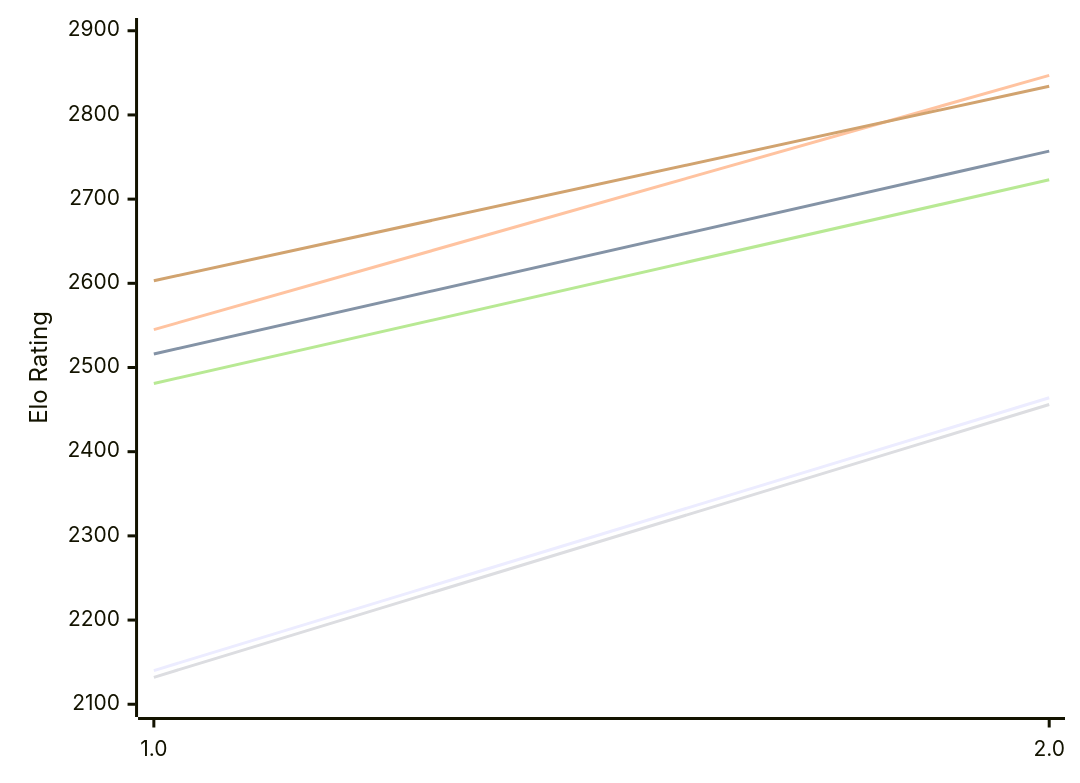
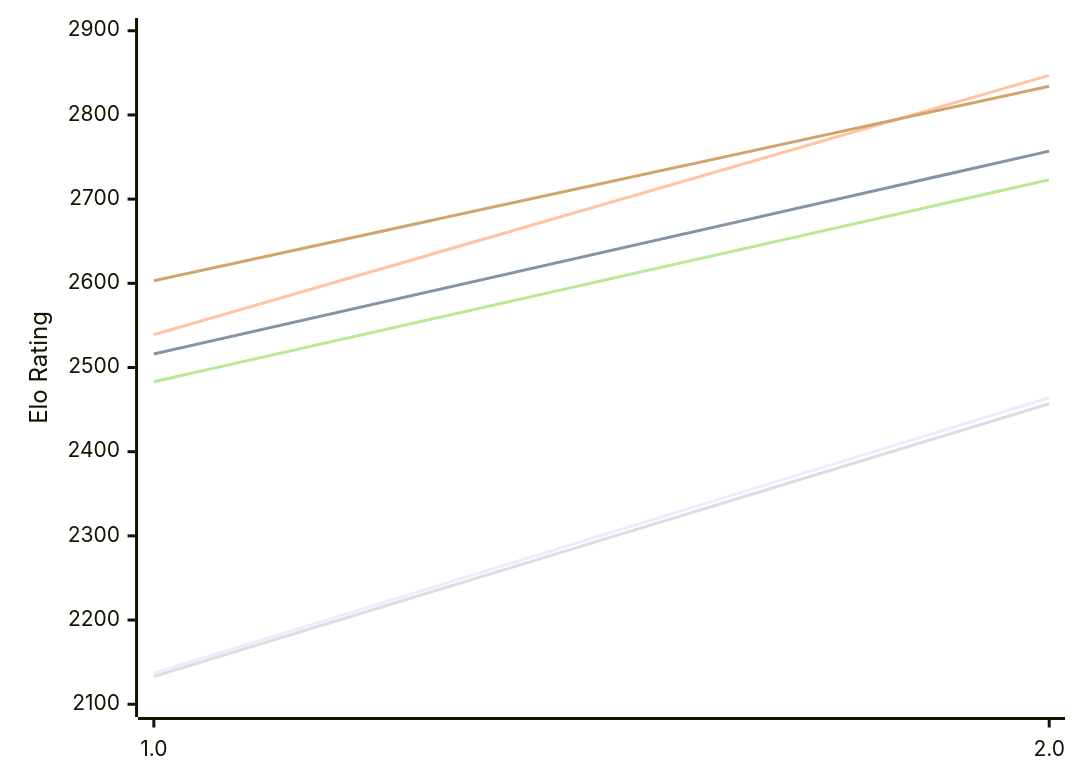
The first of 2 diagrams in engines/Revolver.md (computer-chess-index/cci), drawn with Mermaid before and after one commit. The commit also changed other lines of this file, not shown here.

Commit message:
Update CCI Ratings (ELO VLTC) - 2026-11-27

````diff
--- a/engines/Revolver.md
+++ b/engines/Revolver.md
@@ -50,12 +50,12 @@
 ```mermaid
 %%{init: {"theme":"base","themeVariables":{"seriesColors:['#a3a3a3','#222221','#faa371']}}}%%
 xychart-beta
   x-axis ["1.0", "2.0"]
   y-axis "Elo Rating" 2100 --> 2900
-  line "E1: STC (8.0+0.08s)" [2140, 2464]
+  line "E1: STC (8.0+0.08s)" [2137, 2464]
   line "E1: LTC (60.0+0.60s)" [2516, 2757]
-  line "E1: VLTC (2m24s+1.12s)" [2545, 2847]
-  line "P1: STC (8.0+0.08s)" [2132, 2456]
-  line "P1: LTC (60.0+0.60s)" [2481, 2723]
+  line "E1: VLTC (2m24s+1.12s)" [2539, 2847]
+  line "P1: STC (8.0+0.08s)" [2133, 2457]
+  line "P1: LTC (60.0+0.60s)" [2483, 2723]
   line "P1: VLTC (2m24s+1.12s)" [2603, 2834]
 ```
````
